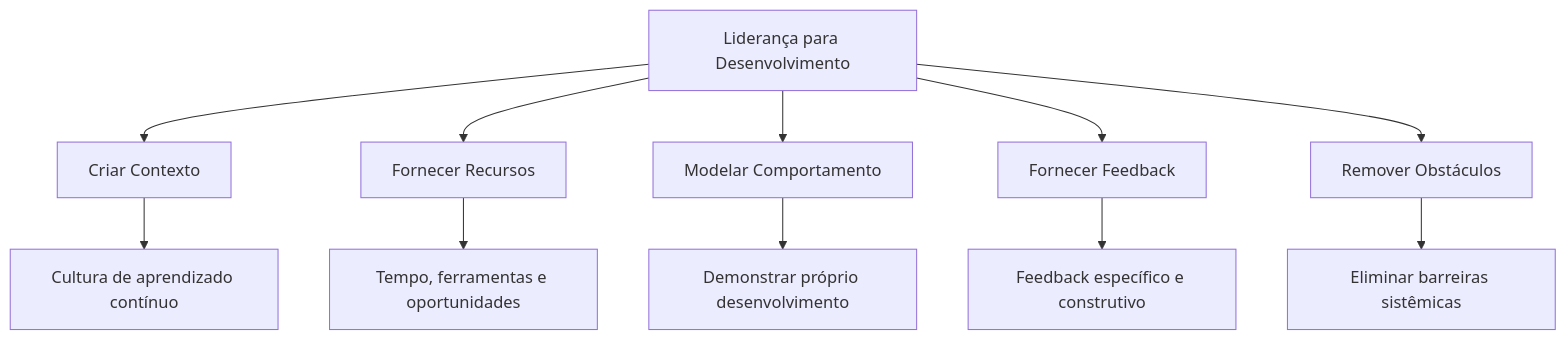
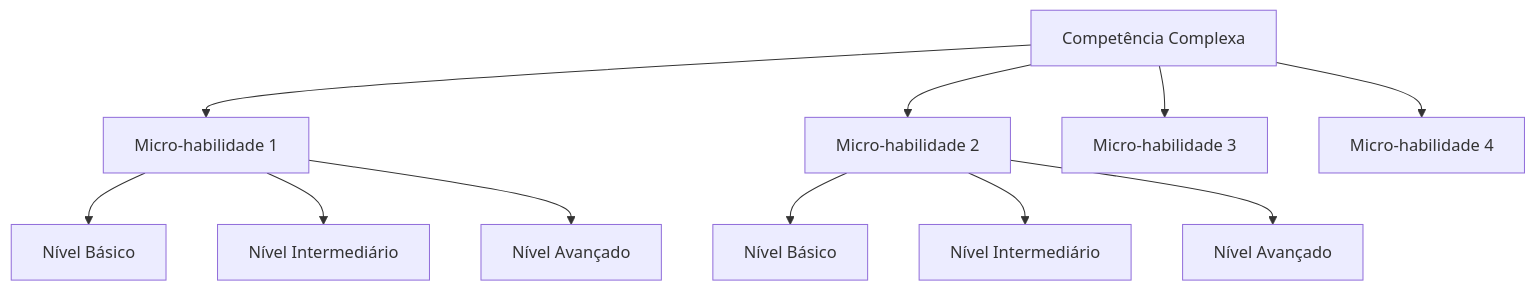
Before and after one commit to felipepimentel/my-public-notes: diagram 16 of 16 in Leadership/pdi.md, drawn with Mermaid. The commit also changed other lines of this file, not shown here.

````diff
--- a/Leadership/pdi.md
+++ b/Leadership/pdi.md
@@ -1457,14 +1182,15 @@
 ```mermaid
 graph TD
-    A[Liderança para Desenvolvimento] --> B[Criar Contexto]
-    A --> C[Fornecer Recursos]
-    A --> D[Modelar Comportamento]
-    A --> E[Fornecer Feedback]
-    A --> F[Remover Obstáculos]
+    A[Competência Complexa] --> B[Micro-habilidade 1]
+    A --> C[Micro-habilidade 2]
+    A --> D[Micro-habilidade 3]
+    A --> E[Micro-habilidade 4]
     
-    B --> G[Cultura de aprendizado contínuo]
-    C --> H[Tempo, ferramentas e oportunidades]
-    D --> I[Demonstrar próprio desenvolvimento]
-    E --> J[Feedback específico e construtivo]
-    F --> K[Eliminar barreiras sistêmicas]
+    B --> F[Nível Básico]
+    B --> G[Nível Intermediário]
+    B --> H[Nível Avançado]
+    
+    C --> I[Nível Básico]
+    C --> J[Nível Intermediário]
+    C --> K[Nível Avançado]
 ```
````
